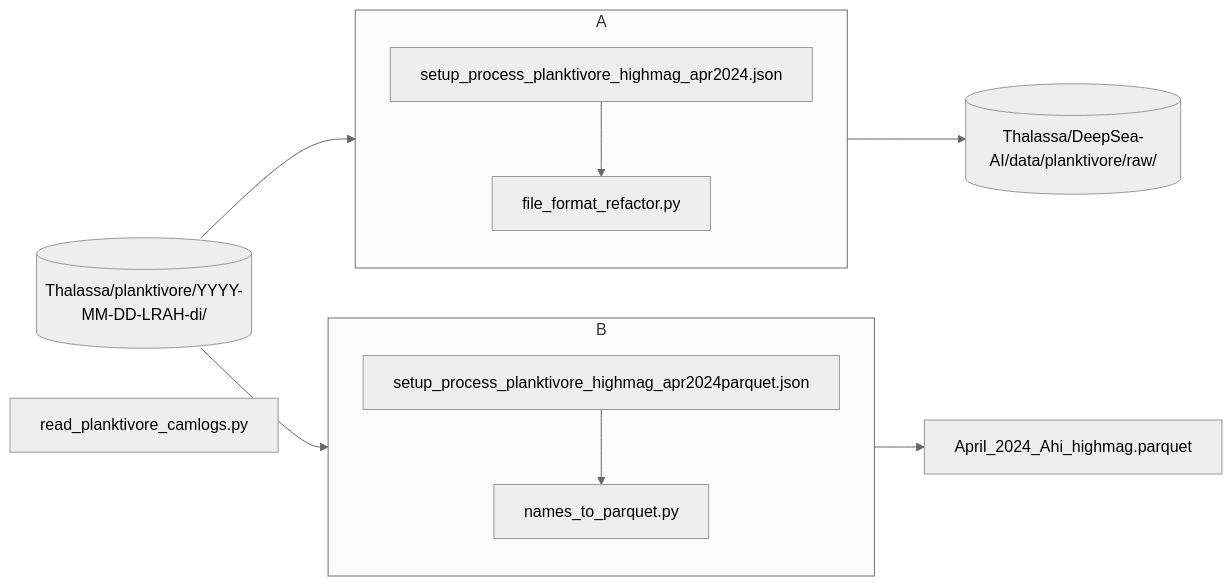
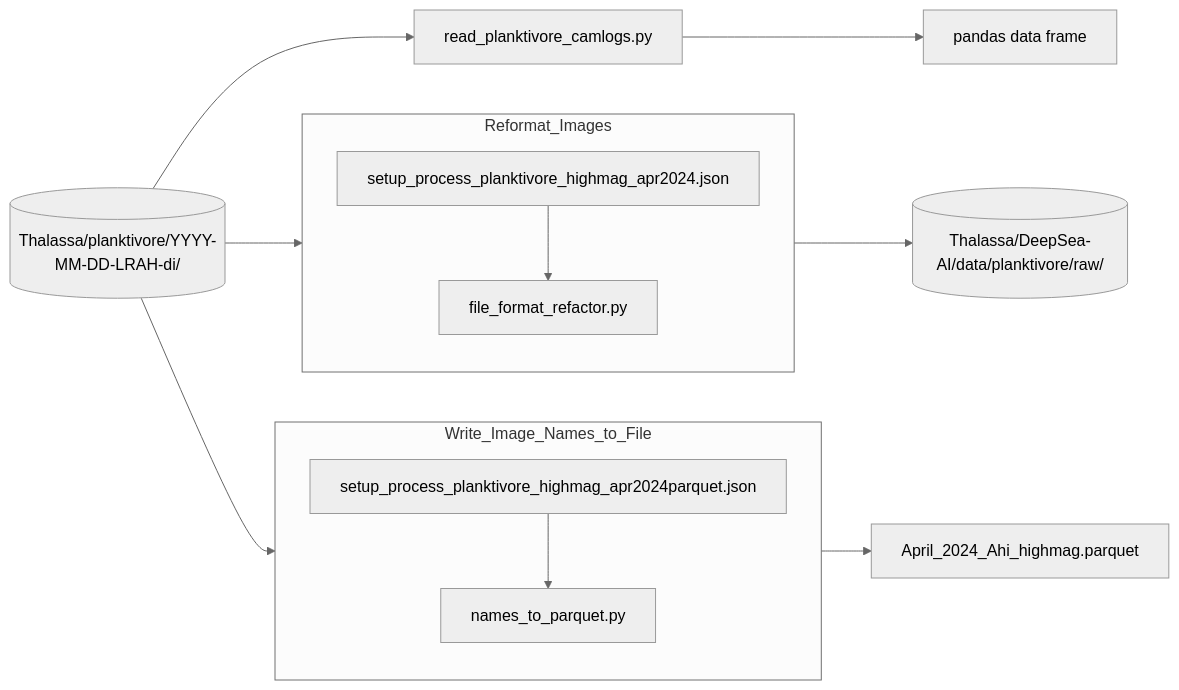
Before and after one commit to CeNCOOS/planktivore_processing_code: the diagram in mermaid.md, drawn with Mermaid (neutral theme).

Commit message:
fixed errors

````diff
--- a/mermaid.md
+++ b/mermaid.md
@@ -1,26 +1,25 @@
 ```mermaid
 flowchart LR
 
 I[(Thalassa/planktivore/YYYY-MM-DD-LRAH-di/)]
 J1[setup_process_planktivore_highmag_apr2024.json]
 P1[file_format_refactor.py]
 OI[(Thalassa/DeepSea-AI/data/planktivore/raw/)]
 J2[setup_process_planktivore_highmag_apr2024parquet.json]
 P2[names_to_parquet.py]
 O1[April_2024_Ahi_highmag.parquet]
 P3[read_planktivore_camlogs.py]
-A["Reformat Images"]
-B["Write Image Names to File"]
+O2[pandas data frame]
 
-
-   subgraph A
+   subgraph Reformat_Images
       direction TB
         J1-->P1
    end
-   subgraph B
+   subgraph Write_Image_Names_to_File
       direction TB
          J2-->P2
    end
-   I-->A-->OI
-   I-->B-->O1
+   I-->Reformat_Images-->OI
+   I-->Write_Image_Names_to_File-->O1
+   I-->P3-->O2
 ```
````
